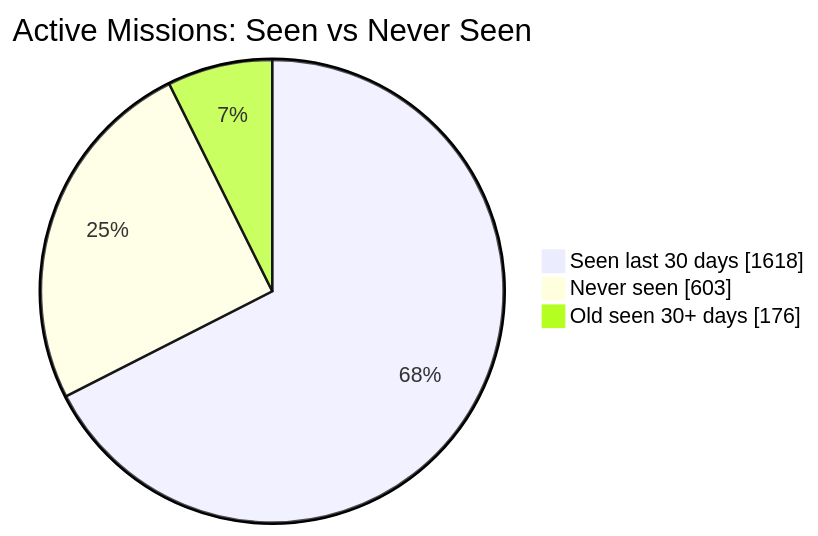
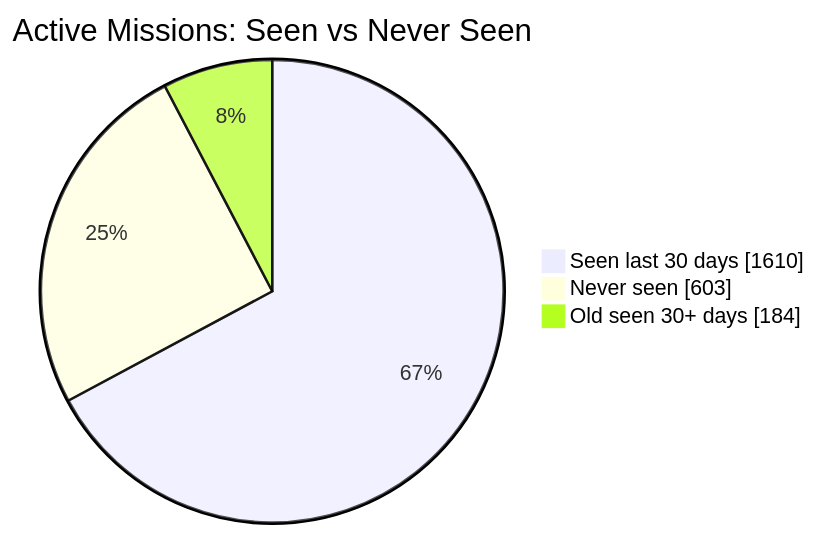
One commit to MeldkamerspelGameTeam/active-missions changed the first of 2 diagrams in README.md. Above: the diagram before and after it, drawn with Mermaid. The commit also changed other lines of this file and 3 other files, not shown here.

````diff
--- a/README.md
+++ b/README.md
@@ -34,7 +34,7 @@
 ```mermaid
 pie showData
     title Active Missions: Seen vs Never Seen
-    "Seen last 30 days" : 1618
+    "Seen last 30 days" : 1610
     "Never seen" : 603
-    "Old seen 30+ days" : 176
+    "Old seen 30+ days" : 184
 ```
````
